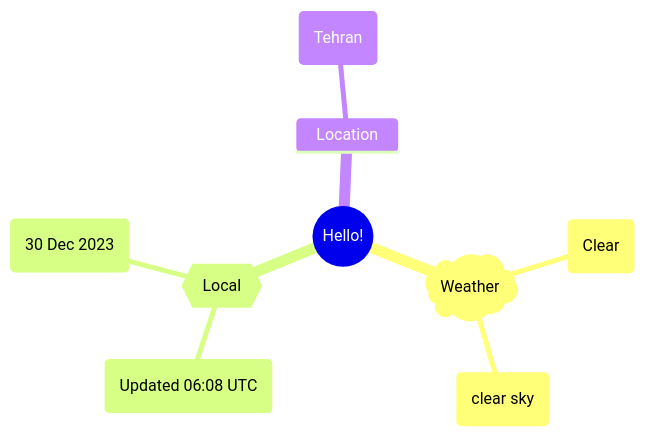
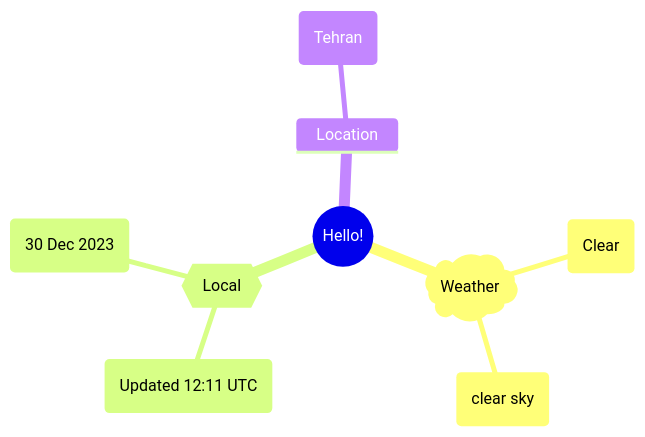
The first of 2 diagrams in README.md (Xosrov/Xosrov), drawn with Mermaid before and after one commit.

Commit message:
[bot] updated images

````diff
--- a/README.md
+++ b/README.md
@@ -3,12 +3,12 @@
 ```mermaid
 mindmap
   root((Hello!))
     )Weather(
         (Clear)
         (clear sky)
     {{Local}}
-        (Updated 06:08 UTC)
+        (Updated 12:11 UTC)
         (30 Dec 2023)
     Location
         (Tehran)
 ```
````
